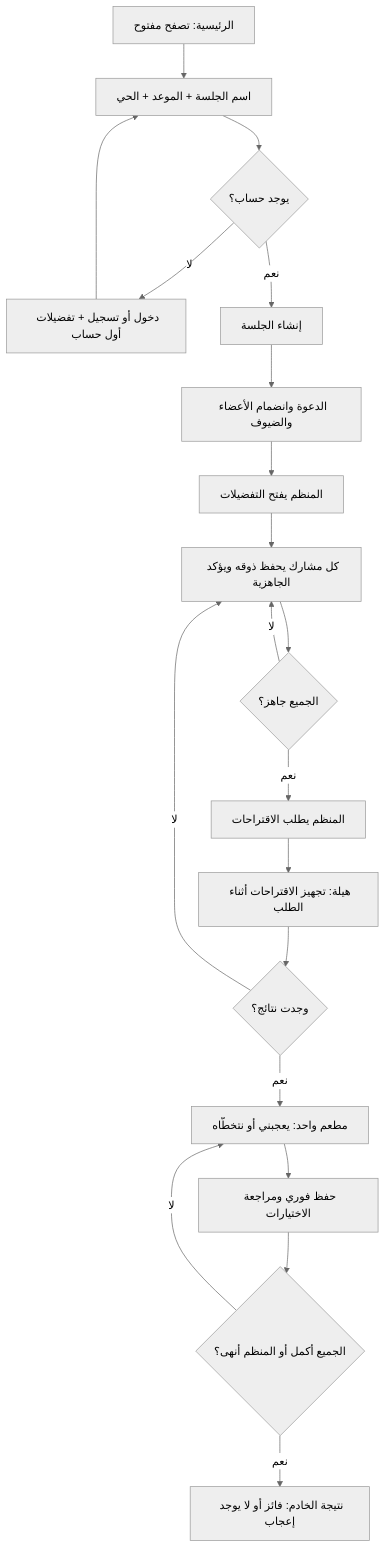
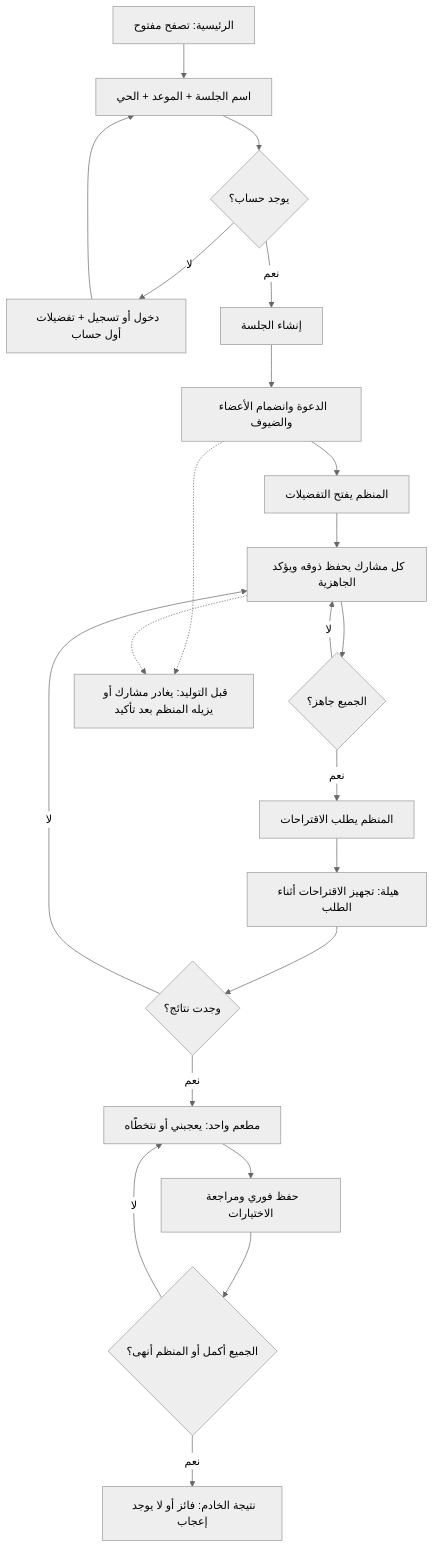
The first of 2 diagrams in Docs/Session-Flow.ar.md (shathaaa1110-arch/Portfolio-Project), drawn with Mermaid (neutral theme) before and after one commit. The commit also changed other lines of this file and 1 other file, not shown here.

Commit message:
Docs: people can leave or be removed from the lobby

````diff
--- a/Docs/Session-Flow.ar.md
+++ b/Docs/Session-Flow.ar.md
@@ -19,22 +19,24 @@
 ```mermaid
 flowchart TD
   A[الرئيسية: تصفح مفتوح] --> B[اسم الجلسة + الموعد + الحي]
   B --> C{يوجد حساب؟}
   C -- لا --> D[دخول أو تسجيل + تفضيلات أول حساب]
   D --> B
   C -- نعم --> E[إنشاء الجلسة]
   E --> F[الدعوة وانضمام الأعضاء والضيوف]
   F --> G[المنظم يفتح التفضيلات]
   G --> H[كل مشارك يحفظ ذوقه ويؤكد الجاهزية]
   H --> I{الجميع جاهز؟}
+  F -.-> X[قبل التوليد: يغادر مشارك أو يزيله المنظم بعد تأكيد]
+  H -.-> X
   I -- لا --> H
   I -- نعم --> J[المنظم يطلب الاقتراحات]
   J --> W[هيلة: تجهيز الاقتراحات أثناء الطلب]
   W --> K{وجدت نتائج؟}
   K -- لا --> H
   K -- نعم --> L[مطعم واحد: يعجبني أو نتخطّاه]
   L --> M[حفظ فوري ومراجعة الاختيارات]
   M --> N{الجميع أكمل أو المنظم أنهى؟}
   N -- لا --> L
   N -- نعم --> O[نتيجة الخادم: فائز أو لا يوجد إعجاب]
 ```
````
